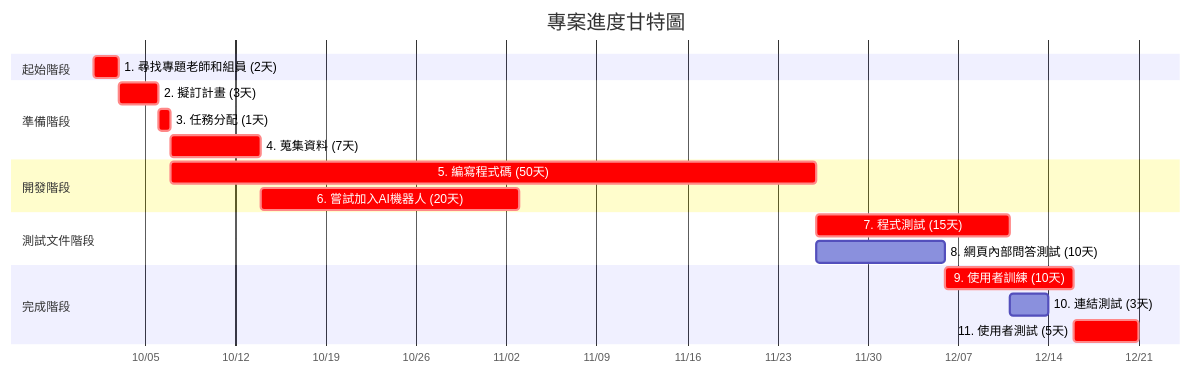
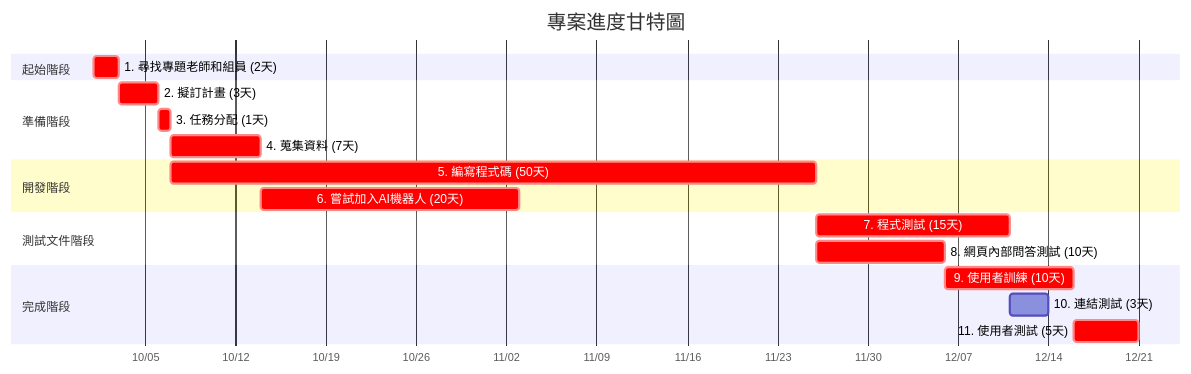
The second of 2 diagrams in hw2.md (c112118202-droid/-), drawn with Mermaid before and after one commit.

````diff
--- a/hw2.md
+++ b/hw2.md
@@ -29,27 +29,27 @@
 ```mermaid
 gantt
     title 專案進度甘特圖
     dateFormat YYYY-MM-DD
     axisFormat %m/%d
     
     section 起始階段
     1. 尋找專題老師和組員 (2天)     :crit, m1, 2025-10-01, 2d
     
     section 準備階段
     2. 擬訂計畫 (3天)     :crit, m2, after m1, 3d
     3. 任務分配 (1天)    :crit, m3, after m2, 1d
     4. 蒐集資料 (7天)    :crit, m4, after m3, 7d
 
     section 開發階段
     5. 編寫程式碼 (50天)    :crit, m5, after m3, 50d
     6. 嘗試加入AI機器人 (20天)    :crit, m6, after m4, 20d
     
     section 測試文件階段
     7. 程式測試 (15天)    :crit, m7, after m5, 15d
-    8. 網頁內部問答測試 (10天) :m8, after m5, 10d
+    8. 網頁內部問答測試 (10天) :crit, m8, after m5, 10d
         
     section 完成階段
     9. 使用者訓練 (10天)    :crit, m9, after m8, 10d
     10. 連結測試 (3天)  :m10, after m7 m8, 3d
     11. 使用者測試 (5天)  :crit, m11, after m9 m10, 5d
 ```
````
